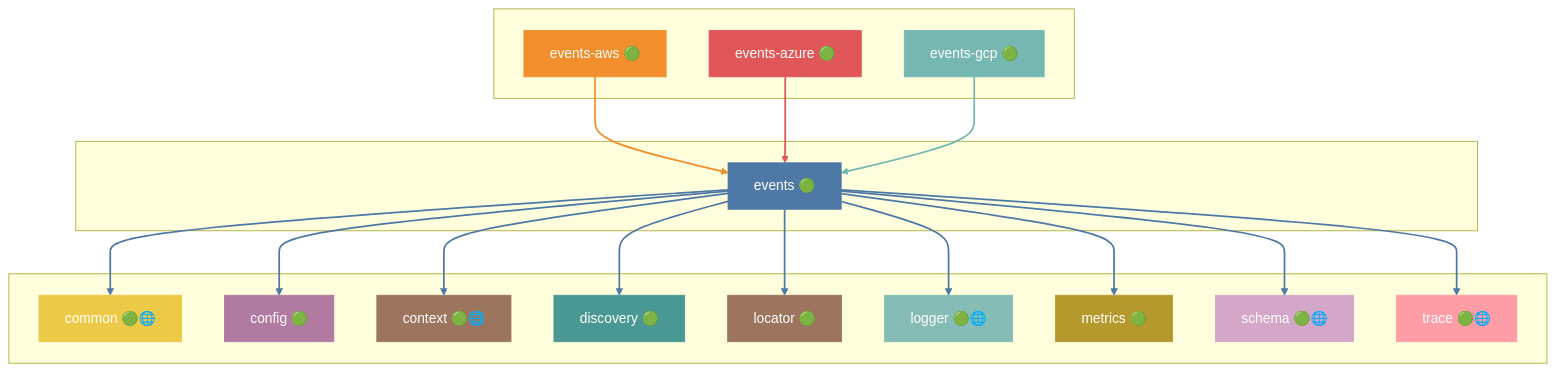
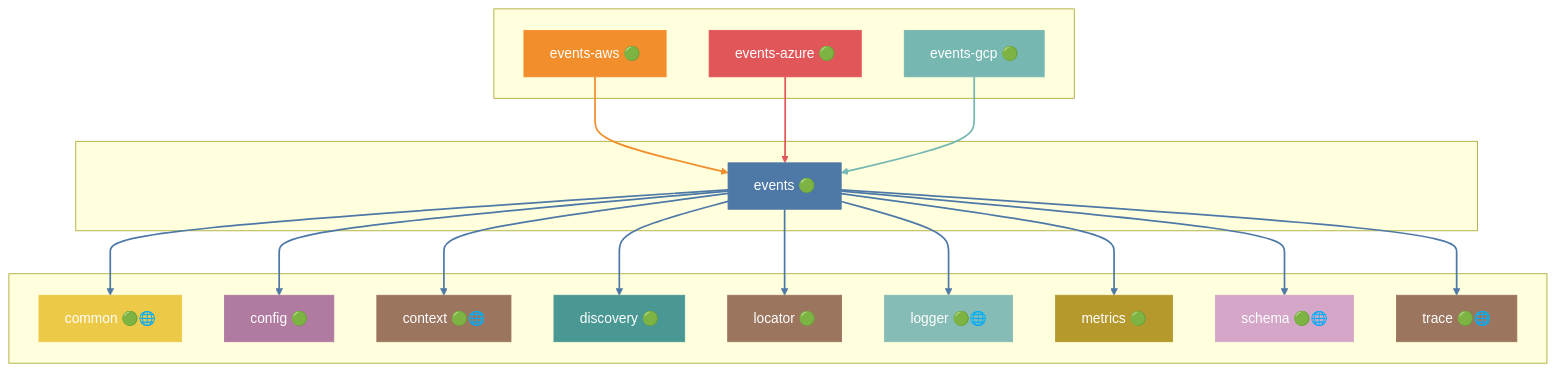
Before and after one commit to grest-ts/grest-ts: diagram 20 of 48 in docs/DEPENDENCIES.md, drawn with Mermaid. The commit also changed other lines of this file and 21 other files, not shown here.

````diff
--- a/docs/DEPENDENCIES.md
+++ b/docs/DEPENDENCIES.md
@@ -1079,59 +1093,59 @@
 ```mermaid
 flowchart TB
     subgraph Dependents[" "]
         events-aws["events-aws 🟢"]
         events-azure["events-azure 🟢"]
         events-gcp["events-gcp 🟢"]
     end
     subgraph Package[" "]
         events["events 🟢"]
     end
     subgraph Dependencies[" "]
         common["common 🟢🌐"]
         config["config 🟢"]
         context["context 🟢🌐"]
         discovery["discovery 🟢"]
         locator["locator 🟢"]
         logger["logger 🟢🌐"]
         metrics["metrics 🟢"]
         schema["schema 🟢🌐"]
         trace["trace 🟢🌐"]
     end
     events-aws --> events
     events-azure --> events
     events-gcp --> events
     events --> common
     events --> config
     events --> context
     events --> discovery
     events --> locator
     events --> logger
     events --> metrics
     events --> schema
     events --> trace
     style events fill:#4E79A7,stroke:#4E79A7,color:#fff
     style events-aws fill:#F28E2B,stroke:#F28E2B,color:#fff
     style events-azure fill:#E15759,stroke:#E15759,color:#fff
     style events-gcp fill:#76B7B2,stroke:#76B7B2,color:#fff
     style common fill:#EDC948,stroke:#EDC948,color:#fff
     style config fill:#B07AA1,stroke:#B07AA1,color:#fff
     style context fill:#9C755F,stroke:#9C755F,color:#fff
     style discovery fill:#499894,stroke:#499894,color:#fff
     style locator fill:#9C755F,stroke:#9C755F,color:#fff
     style logger fill:#86BCB6,stroke:#86BCB6,color:#fff
     style metrics fill:#B6992D,stroke:#B6992D,color:#fff
     style schema fill:#D4A6C8,stroke:#D4A6C8,color:#fff
-    style trace fill:#FF9DA7,stroke:#FF9DA7,color:#fff
+    style trace fill:#9C755F,stroke:#9C755F,color:#fff
     linkStyle 0 stroke:#F28E2B,stroke-width:2px
     linkStyle 1 stroke:#E15759,stroke-width:2px
     linkStyle 2 stroke:#76B7B2,stroke-width:2px
     linkStyle 3 stroke:#4E79A7,stroke-width:2px
     linkStyle 4 stroke:#4E79A7,stroke-width:2px
     linkStyle 5 stroke:#4E79A7,stroke-width:2px
     linkStyle 6 stroke:#4E79A7,stroke-width:2px
     linkStyle 7 stroke:#4E79A7,stroke-width:2px
     linkStyle 8 stroke:#4E79A7,stroke-width:2px
     linkStyle 9 stroke:#4E79A7,stroke-width:2px
     linkStyle 10 stroke:#4E79A7,stroke-width:2px
     linkStyle 11 stroke:#4E79A7,stroke-width:2px
 ```
````
